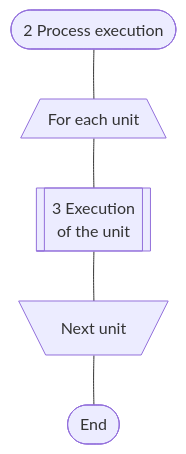
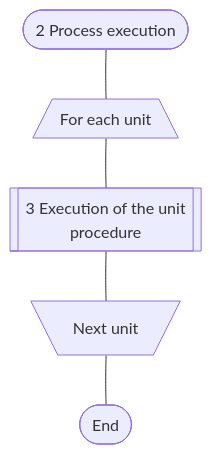
One commit to savushkin-r-d/ptusa_main changed the first of 4 diagrams in readme.md. Above: the diagram before and after it, drawn with Mermaid. The commit also changed other lines of this file, not shown here.

Commit message:
Made "General schema of controller program work" in Drakon diagram language

````diff
--- a/readme.md
+++ b/readme.md
@@ -93,10 +31,8 @@
 ``` mermaid
-
 flowchart TD
-
     A([2 Process execution]) --- B[/For each unit\]
-    B[/For each unit\] --- C[[3 Execution of the unit]]
-    C[[3 Execution <br/> of the unit]] --- D[\Next unit/]
-    D[\Next unit/] --- E([End])
+    B --- C[[3 Execution of the unit <br/> procedure]]
+    C --- D[\Next unit/]
+    D --- E([End])
 
 ```
````
